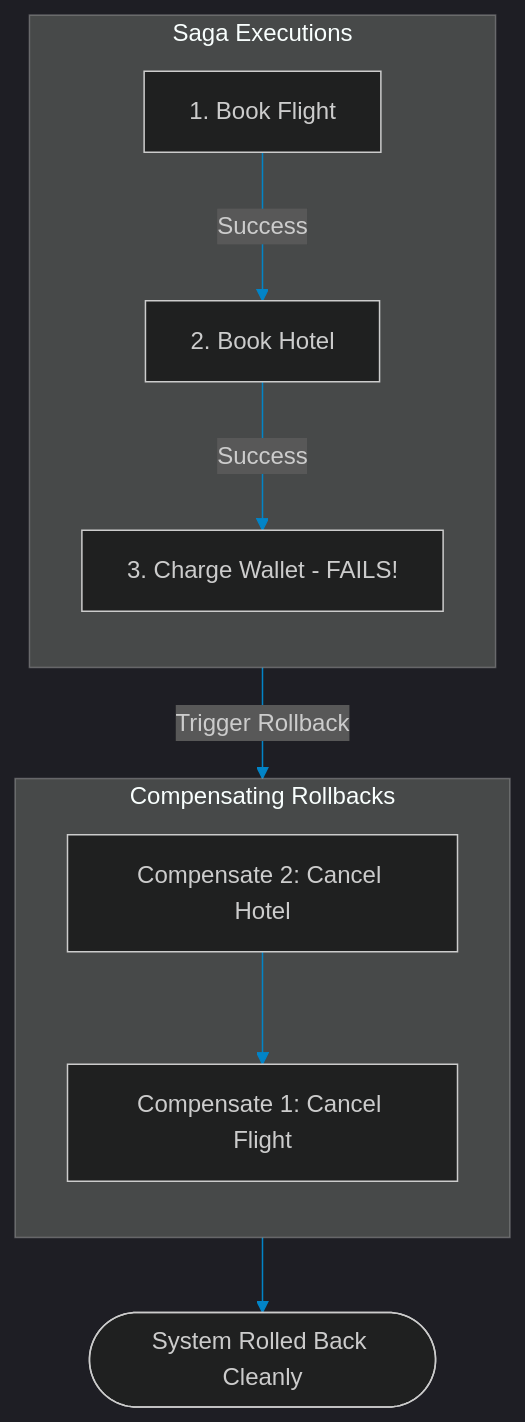
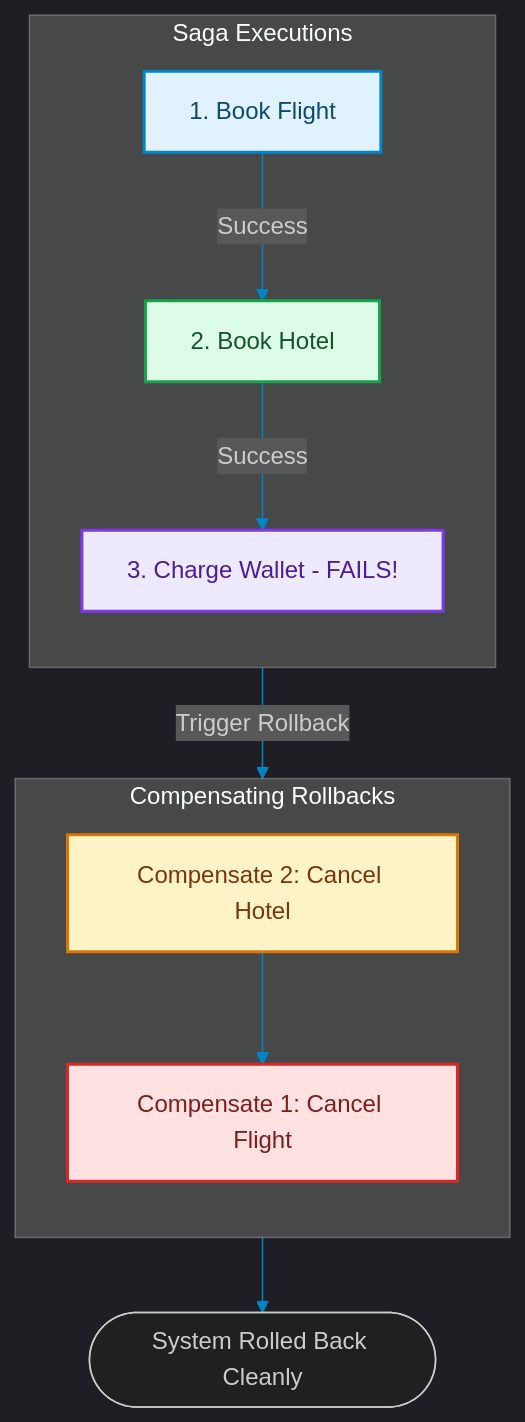
The diagram in blog/posts/system-design-saga-pattern-agent-transactions.md (akmalkhaniub/akmalkhaniub.github.io), drawn with Mermaid before and after one commit. The commit also changed other lines of this file and 1291 other files, not shown here.

First line of the commit message:
feat(catalog): unique covers, scholarly references, and diagram palettes

````diff
--- a/blog/posts/system-design-saga-pattern-agent-transactions.md
+++ b/blog/posts/system-design-saga-pattern-agent-transactions.md
@@ -20,17 +20,28 @@
 ```mermaid
 %%{init: {'theme': 'dark', 'themeVariables': { 'primaryColor': '#0284c7', 'primaryTextColor': '#f3f4f6', 'primaryBorderColor': '#38bdf8', 'lineColor': '#0284c7', 'secondaryColor': '#111827', 'tertiaryColor': '#0b0f19'}}}%%
 flowchart TD
     subgraph SG1_SagaExecutions ["Saga Executions"]
         direction TB
-        Step1[1. Book Flight] -->|Success| Step2[2. Book Hotel]
-        Step2 -->|Success| Step3[3. Charge Wallet - FAILS!]
+        Step1["1. Book Flight"] -->|Success| Step2["2. Book Hotel"]
+        Step2 -->|Success| Step3["3. Charge Wallet - FAILS!"]
     end
 
     subgraph SG2_CompensatingRollbacks ["Compensating Rollbacks"]
         direction TB
-        Comp1[Compensate 2: Cancel Hotel] --> Comp2[Compensate 1: Cancel Flight]
+        Comp1["Compensate 2: Cancel Hotel"] --> Comp2["Compensate 1: Cancel Flight"]
     end
 
     Step3 -->|Trigger Rollback| Comp1
     Comp2 --> FinalState([System Rolled Back Cleanly])
+
+classDef green fill:#dcfce7,stroke:#16a34a,stroke-width:2px,color:#14532d;
+classDef red fill:#fee2e2,stroke:#dc2626,stroke-width:2px,color:#7f1d1d;
+classDef blue fill:#e0f2fe,stroke:#0284c7,stroke-width:2px,color:#0c4a6e;
+classDef yellow fill:#fef3c7,stroke:#d97706,stroke-width:2px,color:#78350f;
+classDef purple fill:#ede9fe,stroke:#7c3aed,stroke-width:2px,color:#4c1d95;
+class Step1 blue
+class Step2 green
+class Step3 purple
+class Comp1 yellow
+class Comp2 red
 ```
````
